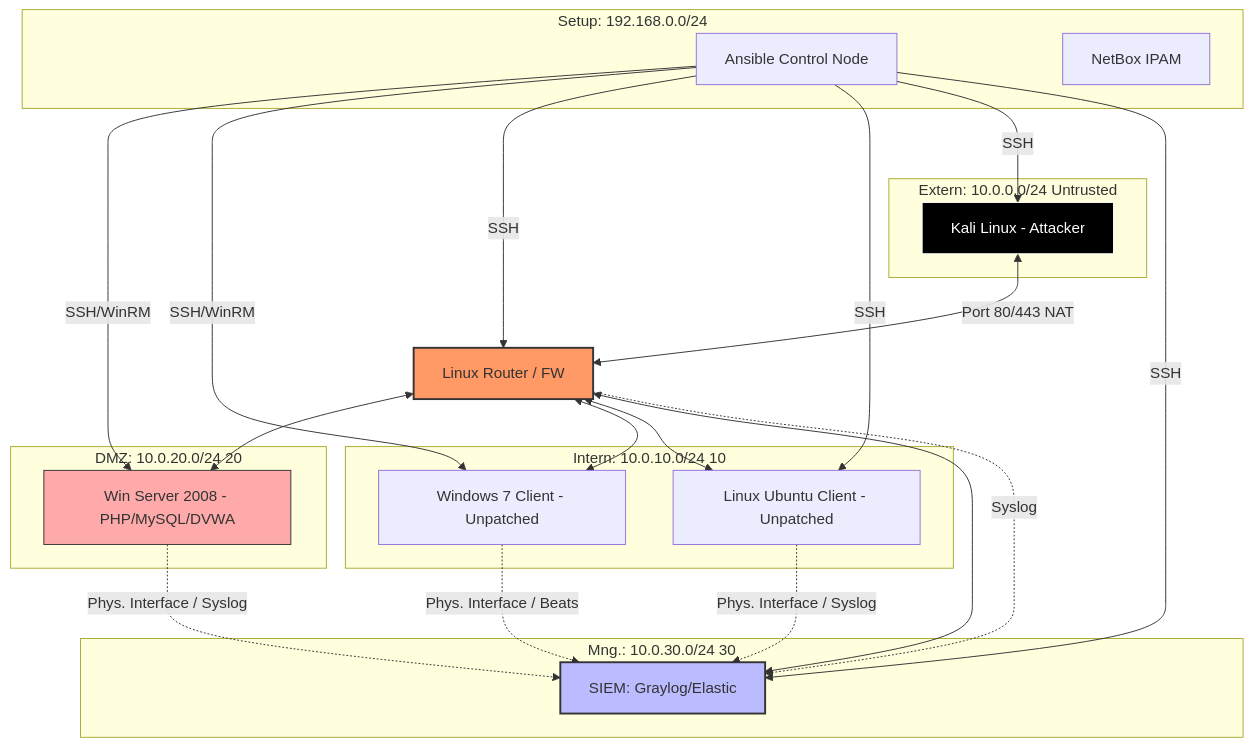
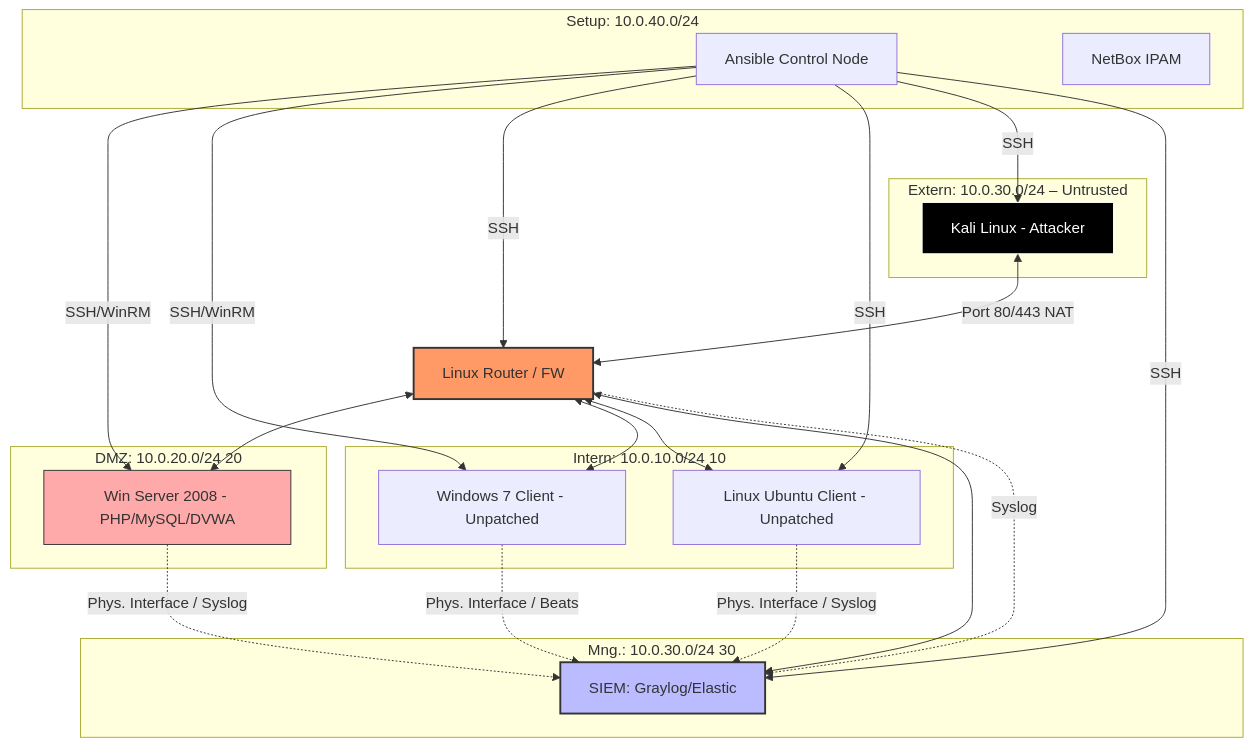
The diagram in docu/deliverable_session2.md (MByteBender/security_lab), drawn with Mermaid before and after one commit.

Commit message:
minor delivrable update

````diff
--- a/docu/deliverable_session2.md
+++ b/docu/deliverable_session2.md
@@ -11,55 +11,55 @@
 ```mermaid
 %% Use the following code in mermaid.live to get the architecture diagram
 
 graph TD
-    subgraph Internet_Untrusted [Extern: 10.0.0.0/24 Untrusted]
+    subgraph Internet_Untrusted [Extern: 10.0.30.0/24 – Untrusted]
         Kali[Kali Linux - Attacker]
     end
 
     Router[Linux Router / FW]
 
     subgraph DMZ_Zone [DMZ: 10.0.20.0/24 20]
         Webserver[Win Server 2008 - PHP/MySQL/DVWA]
     end
 
     subgraph LAN_Zone [Intern: 10.0.10.0/24 10]
         Win7[Windows 7 Client - Unpatched]
         UbuntuDesktop[Linux Ubuntu Client - Unpatched]
     end
 
     subgraph SIEM_Zone [Mng.: 10.0.30.0/24 30]
         SIEM[SIEM: Graylog/Elastic]
     end
 
-    subgraph Configuration [Setup: 192.168.0.0/24]
+    subgraph Configuration [Setup: 10.0.40.0/24]
         Ansible[Ansible Control Node]
         NetBox[NetBox IPAM]
     end
 
     %% Router Connections
     Kali <-->|Port 80/443 NAT| Router
     Router <--> Webserver
     Router <--> Win7
     Router <--> UbuntuDesktop
     Router <--> SIEM
 
     %% Management / Provisioning
     Ansible -->|SSH/WinRM| Webserver
     Ansible -->|SSH/WinRM| Win7
     Ansible -->|SSH| Router
     Ansible -->|SSH| UbuntuDesktop
     Ansible -->|SSH| Kali
     Ansible -->|SSH| SIEM
 
     %% Multi-homed Interfaces & Logging
     Webserver -.->|Phys. Interface / Syslog| SIEM
     Win7 -.->|Phys. Interface / Beats| SIEM
     UbuntuDesktop -.->|Phys. Interface / Syslog| SIEM
     Router -.->|Syslog| SIEM
 
     %% Styling
     style Router fill:#f96,stroke:#333,stroke-width:2px
     style SIEM fill:#bbf,stroke:#333,stroke-width:2px
     style Webserver fill:#faa,stroke:#333
     style Kali fill:#000,stroke:#fff,color:#fff
 ```
````
